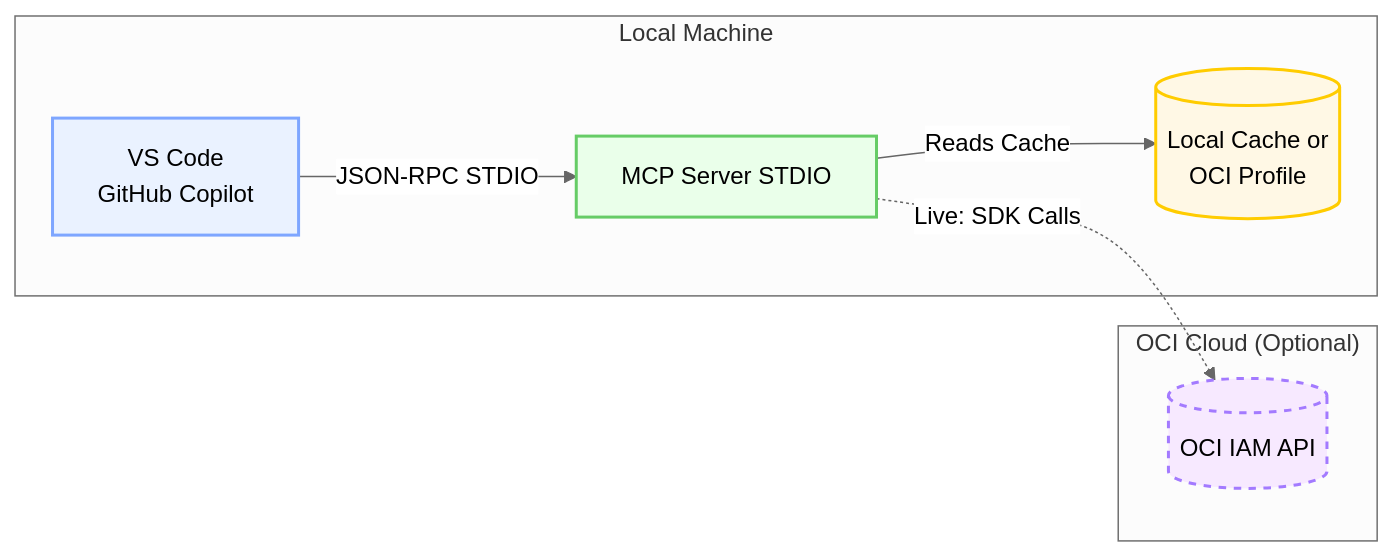
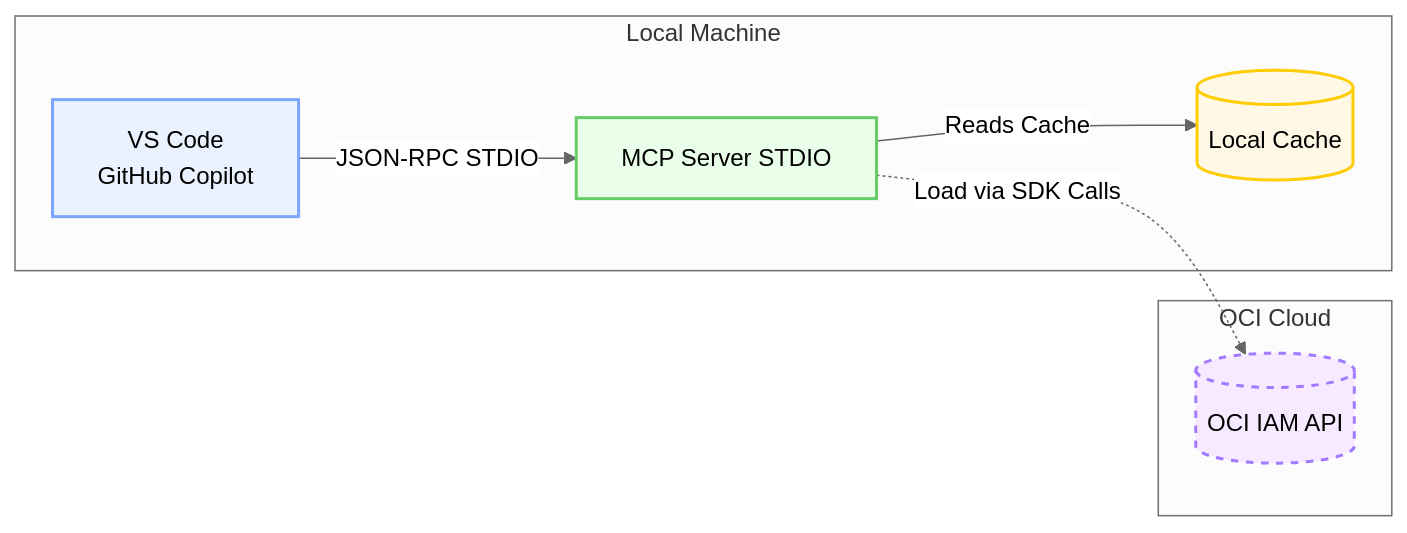
The fifth of 7 diagrams in README_MCP.md (agregory999/oci-policy-analysis), drawn with Mermaid (neutral theme) before and after one commit. The commit also changed other lines of this file and 2 other files, not shown here.

Commit message:
chore: MCP and Readme

````diff
--- a/README_MCP.md
+++ b/README_MCP.md
@@ -232,21 +239,21 @@
 ```mermaid
 flowchart LR
     subgraph LOCAL["Local Machine"]
         VSC[VS Code<br/>GitHub Copilot]
         MCP[MCP Server STDIO]
-        CACHE[(Local Cache or<br/>OCI Profile)]
+        CACHE[(Local Cache)]
     end
 
-    subgraph OCI["OCI Cloud (Optional)"]
+    subgraph OCI["OCI Cloud"]
         API[(OCI IAM API)]
     end
 
     VSC -->|JSON-RPC STDIO| MCP
     MCP -->|Reads Cache| CACHE
-    MCP -.->|Live: SDK Calls| API
+    MCP -.->|Load via SDK Calls| API
 
     style VSC fill:#eaf2ff,stroke:#7ea6ff,stroke-width:2px
     style MCP fill:#eaffea,stroke:#66cc66,stroke-width:2px
     style CACHE fill:#fff8e5,stroke:#ffcc00,stroke-width:2px
     style API fill:#f7e9ff,stroke:#a37aff,stroke-width:2px,stroke-dasharray: 5 5
 ```
````
